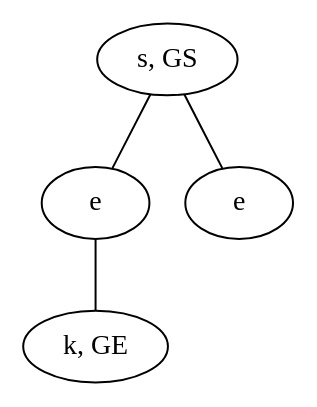
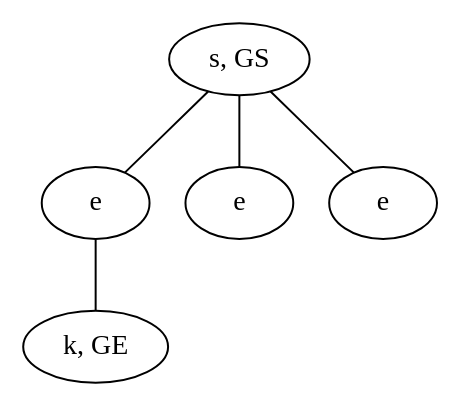
Before and after one commit to schrum2/MM-NEAT: the diagram in data/VGLC/Zelda/rules/1/4_S-K.dot, drawn with Graphviz. The commit also changed 34 other files, not shown here.

```diff
--- a/data/VGLC/Zelda/rules/1/4_S-K.dot
+++ b/data/VGLC/Zelda/rules/1/4_S-K.dot
@@ -1,9 +1,11 @@
 graph {
-AYDB [label="s, GS"]
-gBPG [label="k, GE"]
-jNaZ [label="e"]
-gZpb [label="e"]
-AYDB -- jNaZ
-AYDB -- gZpb
-jNaZ -- gBPG
+aDrV [label="s, GS"]
+Gjhf [label="k, GE"]
+SmOu [label="e"]
+lHti [label="e"]
+OIxU [label="e"]
+aDrV -- SmOu
+aDrV -- lHti
+aDrV -- OIxU
+SmOu -- Gjhf
 }
```
